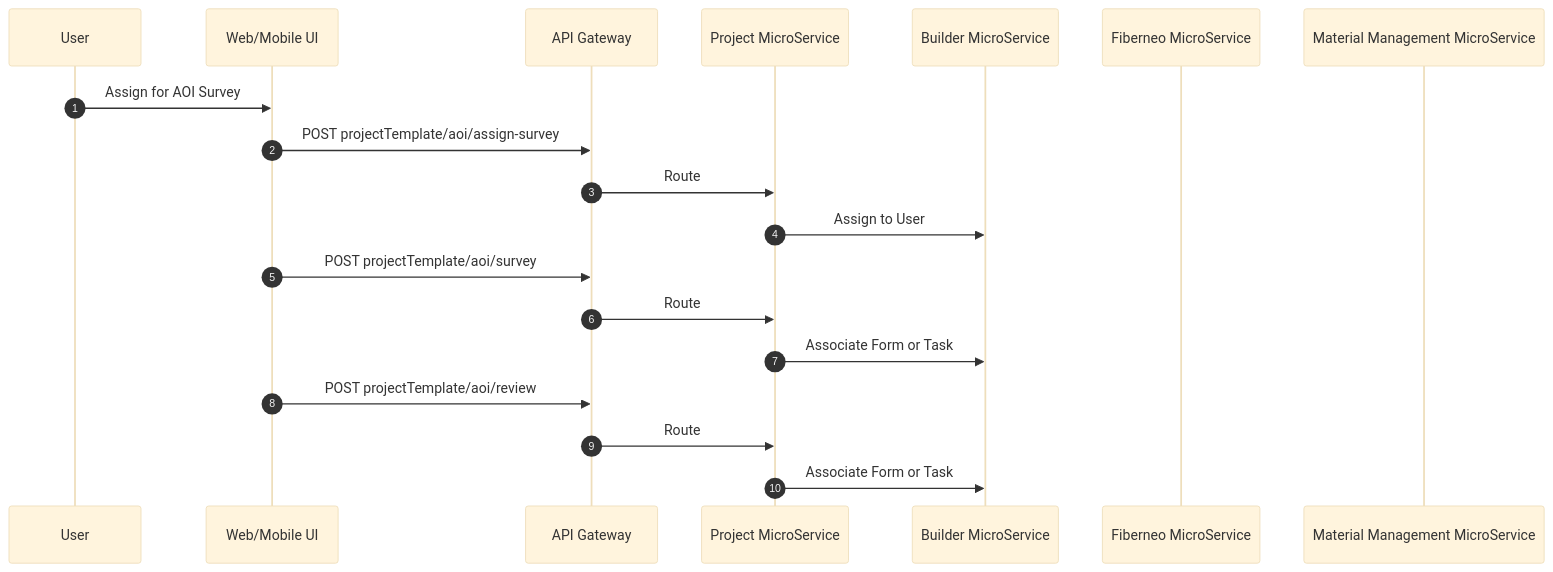
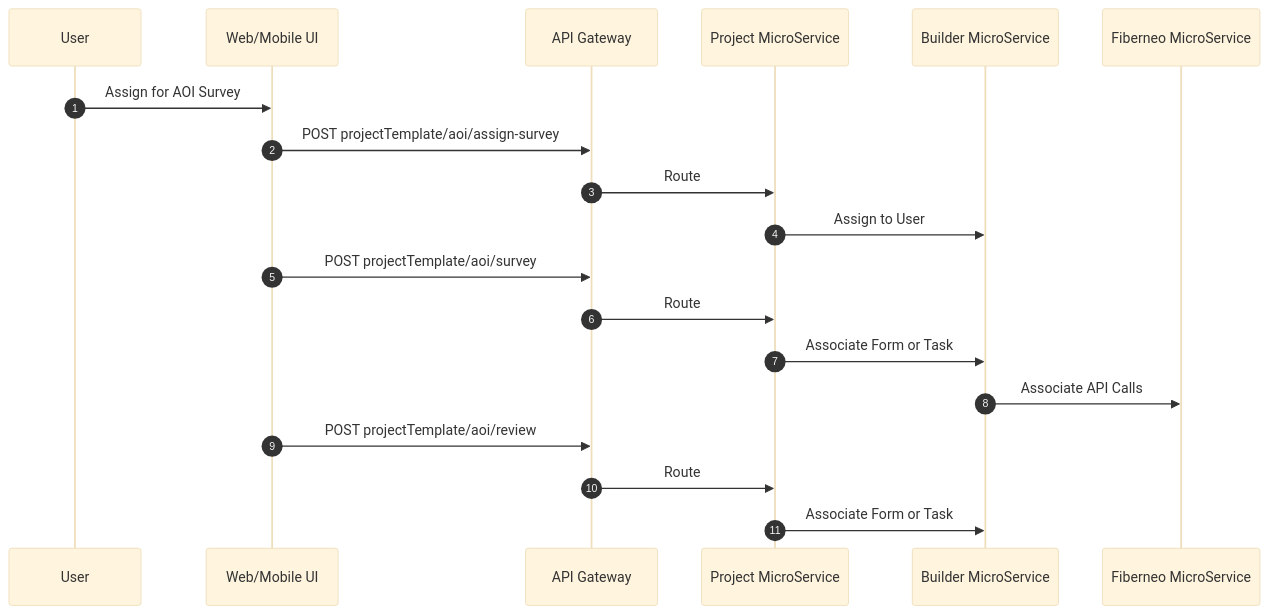
Before and after one commit to BhavikVisionGit/Fiberneo-Documents: the ninth of 13 diagrams in Fiberneo-Document/LLD/LLD.md, drawn with Mermaid (base theme). The commit also changed other lines of this file and 12 other files, not shown here.

````diff
--- a/Fiberneo-Document/LLD/LLD.md
+++ b/Fiberneo-Document/LLD/LLD.md
@@ -531,24 +531,24 @@
 ```mermaid
 sequenceDiagram
   autonumber
   participant U as User
   participant UI as Web/Mobile UI
   participant GW as API Gateway
   participant PG as Project MicroService
   participant BD as Builder MicroService
   participant FN as Fiberneo MicroService
-  participant MM as Material Management MicroService
 
   U->>UI: Assign for AOI Survey
   UI->>GW: POST projectTemplate/aoi/assign-survey
   GW->>PG: Route
   PG->>BD: Assign to User
 
   UI->>GW: POST projectTemplate/aoi/survey
   GW->>PG: Route
   PG->>BD: Associate Form or Task
+  BD->>FN: Associate API Calls
 
   UI->>GW: POST projectTemplate/aoi/review
   GW->>PG: Route
   PG->>BD: Associate Form or Task
 ```
````
